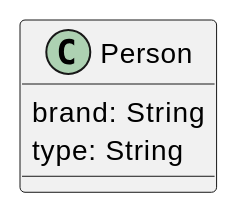
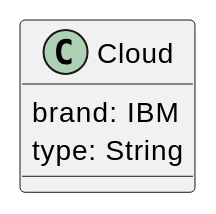
The diagram in asciidocs-slides/index.adoc (GeorgSeng/research-on-cloud-native), drawn with PlantUML before and after one commit. The commit also changed other lines of this file and 7 other files, not shown here.

```diff
--- a/asciidocs-slides/index.adoc
+++ b/asciidocs-slides/index.adoc
@@ -17,9 +17,9 @@
 [plantuml,cld,png]
 ----
 @startuml
-class Person {
-brand: String
+class Cloud {
+brand: IBM
 type: String
 }
 @enduml
 ----
```
